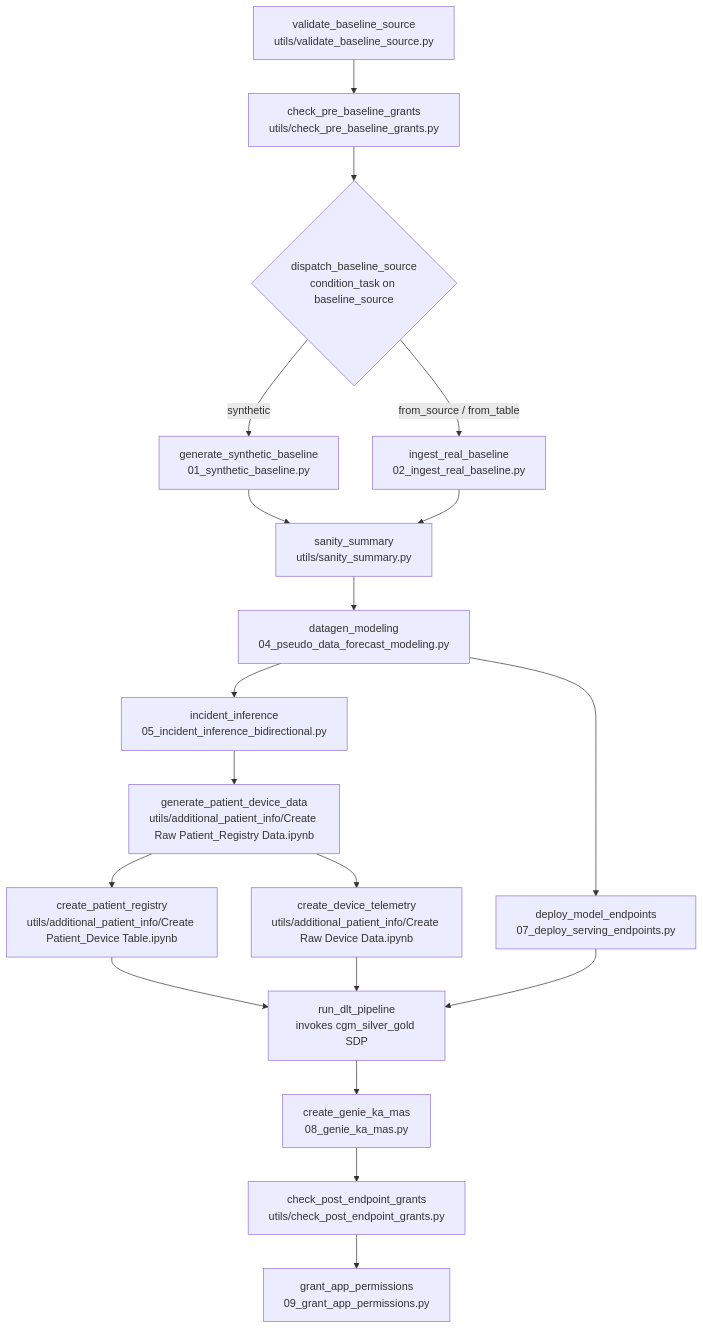
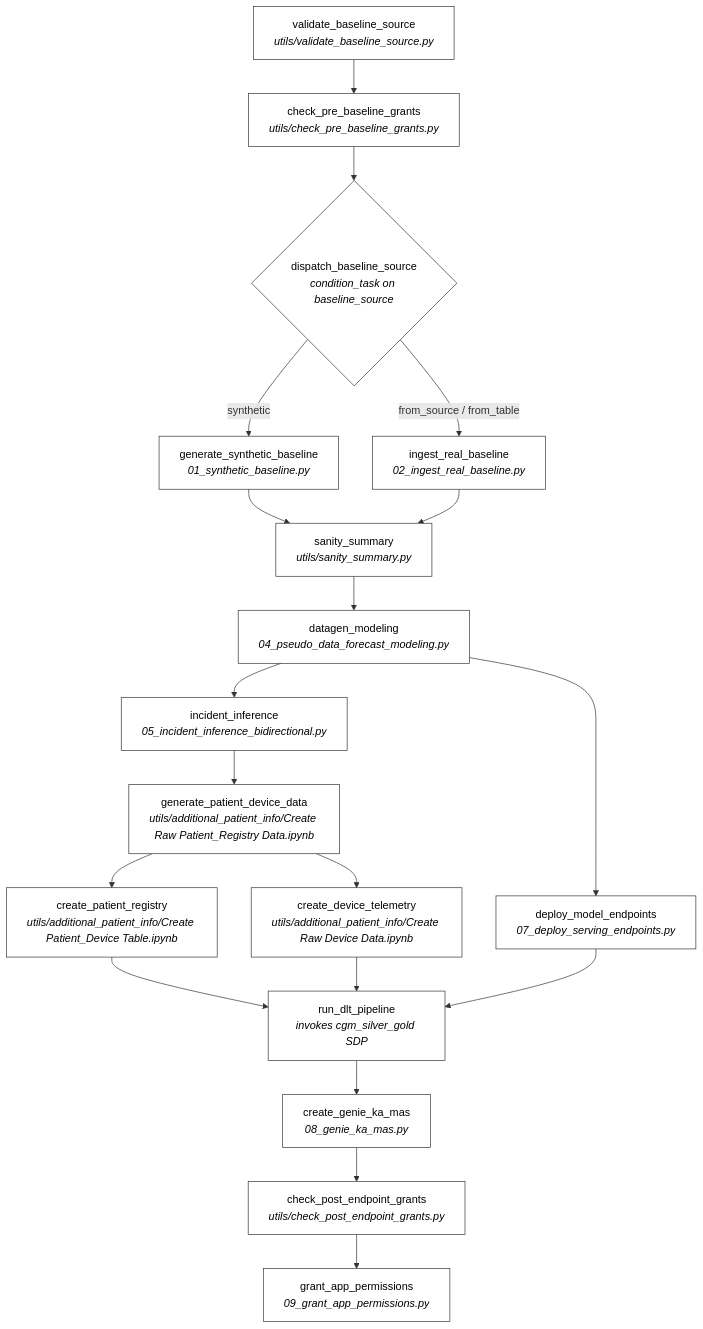
Before and after one commit to databricks-industry-solutions/glucosphere: the diagram in REPO_LAYOUT.md, drawn with Mermaid. The commit also changed other lines of this file, not shown here.

````diff
--- a/REPO_LAYOUT.md
+++ b/REPO_LAYOUT.md
@@ -102,35 +102,39 @@
 ```mermaid
 flowchart TD
-    A[validate_baseline_source<br/>utils/validate_baseline_source.py]
-    B[check_pre_baseline_grants<br/>utils/check_pre_baseline_grants.py]
-    C{dispatch_baseline_source<br/>condition_task on baseline_source}
-    D1[generate_synthetic_baseline<br/>01_synthetic_baseline.py]
-    D2[ingest_real_baseline<br/>02_ingest_real_baseline.py]
-    E[sanity_summary<br/>utils/sanity_summary.py]
-    F[datagen_modeling<br/>04_pseudo_data_forecast_modeling.py]
-    G1[incident_inference<br/>05_incident_inference_bidirectional.py]
-    G2[deploy_model_endpoints<br/>07_deploy_serving_endpoints.py]
-    H[generate_patient_device_data<br/>utils/additional_patient_info/Create Raw Patient_Registry Data.ipynb]
-    I1[create_patient_registry<br/>utils/additional_patient_info/Create Patient_Device Table.ipynb]
-    I2[create_device_telemetry<br/>utils/additional_patient_info/Create Raw Device Data.ipynb]
-    J[run_dlt_pipeline<br/>invokes cgm_silver_gold SDP]
-    K[create_genie_ka_mas<br/>08_genie_ka_mas.py]
-    L[check_post_endpoint_grants<br/>utils/check_post_endpoint_grants.py]
-    M[grant_app_permissions<br/>09_grant_app_permissions.py]
+    classDef plain fill:#fff,stroke:#333,stroke-width:1px,color:#000
+
+    A[validate_baseline_source<br/><i>utils/validate_baseline_source.py</i>]
+    B[check_pre_baseline_grants<br/><i>utils/check_pre_baseline_grants.py</i>]
+    C{dispatch_baseline_source<br/><i>condition_task on baseline_source</i>}
+    D1[generate_synthetic_baseline<br/><i>01_synthetic_baseline.py</i>]
+    D2[ingest_real_baseline<br/><i>02_ingest_real_baseline.py</i>]
+    E[sanity_summary<br/><i>utils/sanity_summary.py</i>]
+    F[datagen_modeling<br/><i>04_pseudo_data_forecast_modeling.py</i>]
+    G1[incident_inference<br/><i>05_incident_inference_bidirectional.py</i>]
+    G2[deploy_model_endpoints<br/><i>07_deploy_serving_endpoints.py</i>]
+    H[generate_patient_device_data<br/><i>utils/additional_patient_info/Create Raw Patient_Registry Data.ipynb</i>]
+    I1[create_patient_registry<br/><i>utils/additional_patient_info/Create Patient_Device Table.ipynb</i>]
+    I2[create_device_telemetry<br/><i>utils/additional_patient_info/Create Raw Device Data.ipynb</i>]
+    J[run_dlt_pipeline<br/><i>invokes cgm_silver_gold SDP</i>]
+    K[create_genie_ka_mas<br/><i>08_genie_ka_mas.py</i>]
+    L[check_post_endpoint_grants<br/><i>utils/check_post_endpoint_grants.py</i>]
+    M[grant_app_permissions<br/><i>09_grant_app_permissions.py</i>]
 
     A --> B --> C
     C -- "synthetic" --> D1
     C -- "from_source / from_table" --> D2
     D1 --> E
     D2 --> E
     E --> F
     F --> G1
     F --> G2
     G1 --> H
     H --> I1
     H --> I2
     I1 --> J
     I2 --> J
     G2 --> J
     J --> K --> L --> M
+
+    class A,B,C,D1,D2,E,F,G1,G2,H,I1,I2,J,K,L,M plain
 ```
````
